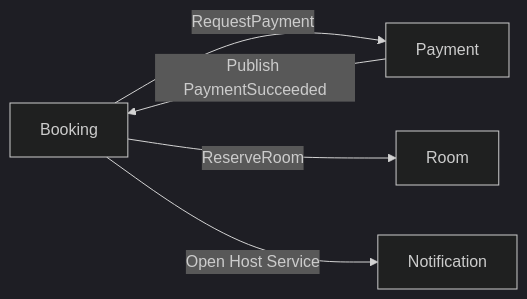
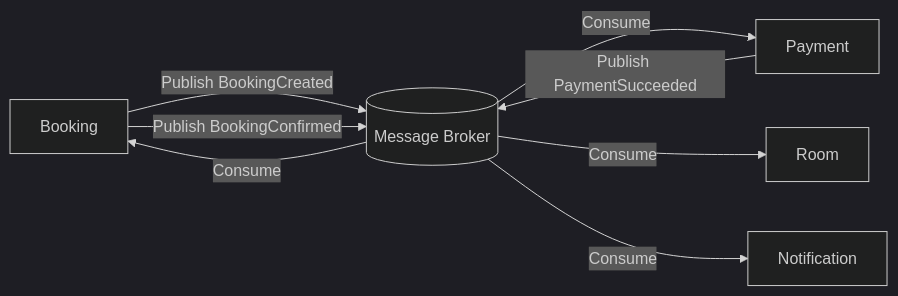
The second of 6 diagrams in analysis-and-design-ddd.md (bangit14/WebBanHang-Project), drawn with Mermaid (dark theme) before and after one commit. The commit also changed other lines of this file, not shown here.

````diff
--- a/analysis-and-design-ddd.md
+++ b/analysis-and-design-ddd.md
@@ -96,7 +115,13 @@
 ```mermaid
 graph LR
-    Booking[Booking] -->|RequestPayment| Payment[Payment]
-    Payment -->|Publish PaymentSucceeded| Booking
-    Booking -->|ReserveRoom| Room[Room]
-    Booking -->|Open Host Service| Notification[Notification]
+    Booking[Booking] -->|Publish BookingCreated| MQ[(Message Broker)]
+
+    MQ -->|Consume| Payment[Payment]
+    Payment -->|Publish PaymentSucceeded| MQ
+
+    MQ -->|Consume| Booking
+    Booking -->|Publish BookingConfirmed| MQ
+
+    MQ -->|Consume| Room[Room]
+    MQ -->|Consume| Notification[Notification]
 ```
````
